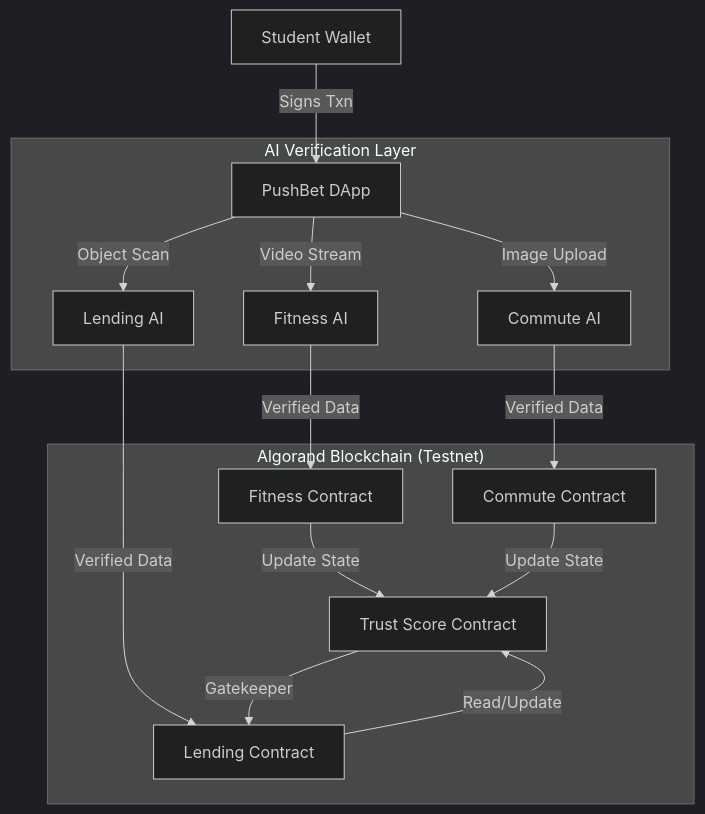
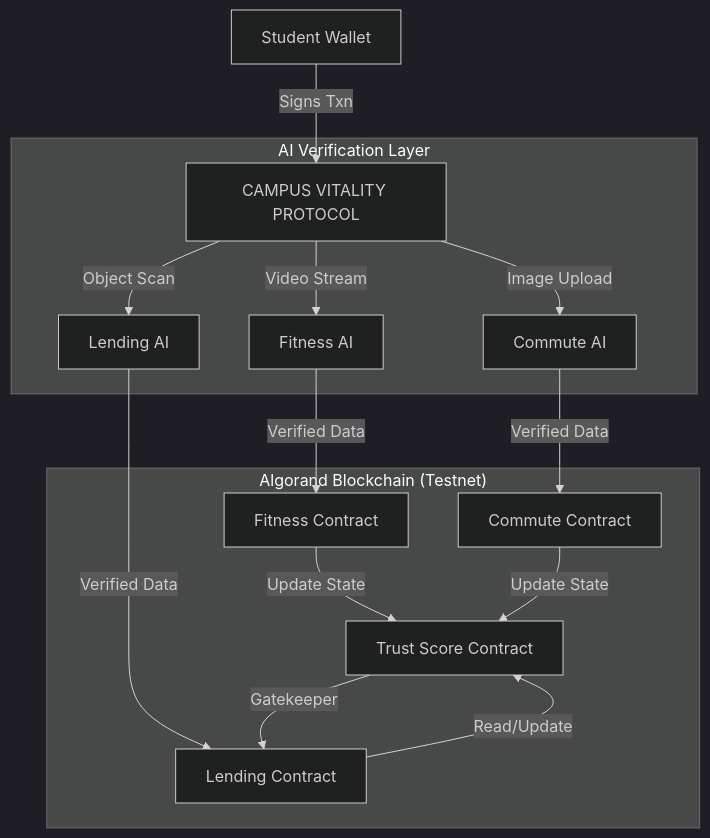
Before and after one commit to miran786/PushBet--Algorand: the diagram in README.md, drawn with Mermaid (dark theme). The commit also changed other lines of this file, not shown here.

````diff
--- a/README.md
+++ b/README.md
@@ -62,22 +82,22 @@
 ```mermaid
 graph TD
-    User[Student Wallet] -->|Signs Txn| App[PushBet DApp]
+    User[Student Wallet] -->|Signs Txn| App[CAMPUS VITALITY PROTOCOL]
     
     subgraph "AI Verification Layer"
         App -->|Video Stream| MediaPipe[Fitness AI]
         App -->|Image Upload| Gemini[Commute AI]
         App -->|Object Scan| TensorFlow[Lending AI]
     end
     
     subgraph "Algorand Blockchain (Testnet)"
         MediaPipe -->|Verified Data| SC_Fit[Fitness Contract]
         Gemini -->|Verified Data| SC_Com[Commute Contract]
         TensorFlow -->|Verified Data| SC_Lend[Lending Contract]
         
         SC_Fit -->|Update State| Trust[Trust Score Contract]
         SC_Com -->|Update State| Trust
         SC_Lend -->|Read/Update| Trust
         
         Trust -->|Gatekeeper| SC_Lend
     end
 ```
````
